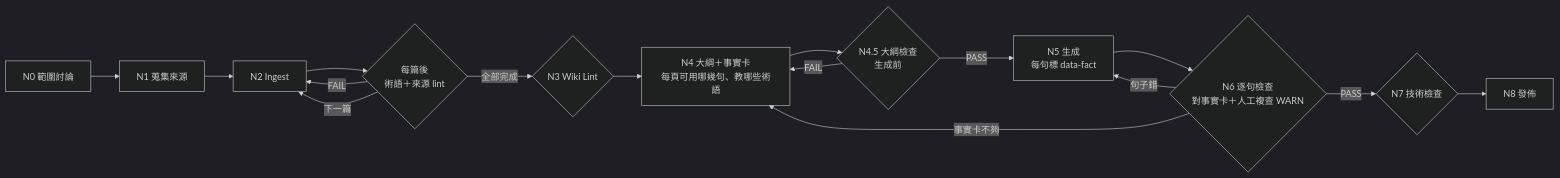
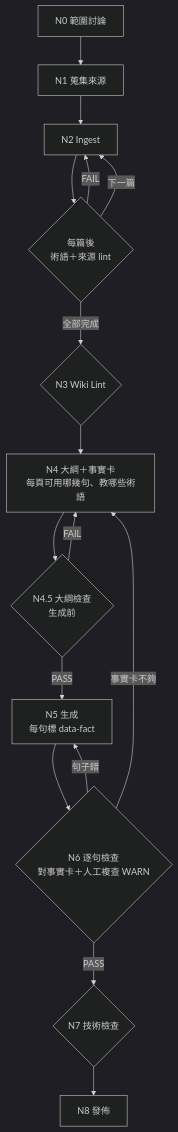
The second of 2 diagrams in discussion/F-workflow-v1-v2.md (UnknownAdminpupupu/edge-ai-llm-wiki), drawn with Mermaid (dark theme) before and after one commit. The commit also changed other lines of this file and 1 other file, not shown here.

Commit message:
流程圖改為直式，窄螢幕也看得清楚
Claude-Session: https://claude.ai/code/session_01394xgDLZBGh9rgvNjX1VK1

````diff
--- a/discussion/F-workflow-v1-v2.md
+++ b/discussion/F-workflow-v1-v2.md
@@ -36,18 +36,18 @@
 ```mermaid
-flowchart LR
+flowchart TD
   N0[N0 範圍討論] --> N1[N1 蒐集來源]
   N1 --> N2[N2 Ingest]
   N2 --> L{每篇後<br/>術語＋來源 lint}
   L -->|FAIL| N2
   L -->|下一篇| N2
   L -->|全部完成| N3{N3 Wiki Lint}
   N3 --> N4[N4 大綱＋事實卡<br/>每頁可用哪幾句、教哪些術語]
   N4 --> N45{N4.5 大綱檢查<br/>生成前}
   N45 -->|FAIL| N4
   N45 -->|PASS| N5[N5 生成<br/>每句標 data-fact]
   N5 --> N6{N6 逐句檢查<br/>對事實卡＋人工複查 WARN}
   N6 -->|句子錯| N5
   N6 -->|事實卡不夠| N4
   N6 -->|PASS| N7{N7 技術檢查}
   N7 --> N8[N8 發佈]
 ```
````
